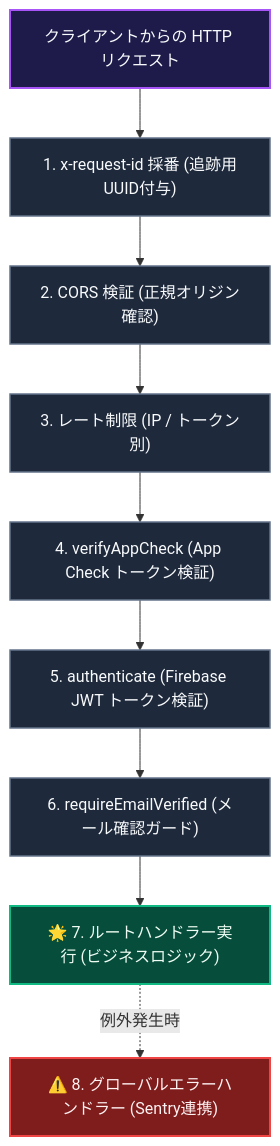
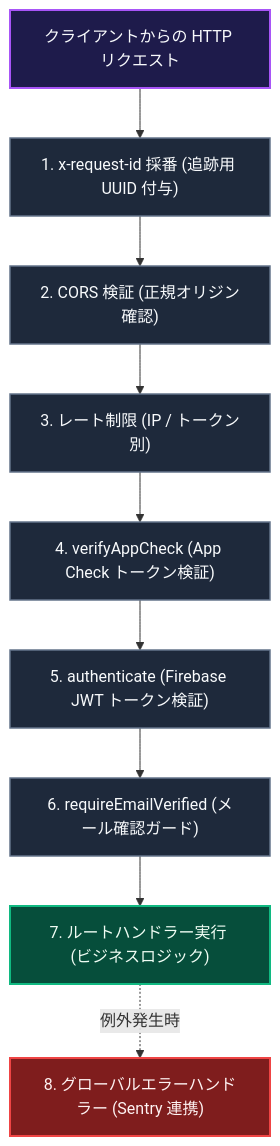
The first of 2 diagrams in docs/ja/api-middleware-error-handling.md (ScriptureHabit/scripture-habit), drawn with Mermaid before and after one commit. The commit also changed other lines of this file and 57 other files, not shown here.

Commit message:
docs: refine documentation prose and add structured diagram breakdowns across JA and EN

````diff
--- a/docs/ja/api-middleware-error-handling.md
+++ b/docs/ja/api-middleware-error-handling.md
@@ -11,20 +11,20 @@
 ```mermaid
 flowchart TD
     classDef req fill:#1e1b4b,stroke:#a855f7,stroke-width:2px,color:#f8fafc;
     classDef mw fill:#1e293b,stroke:#64748b,stroke-width:1.5px,color:#f8fafc;
     classDef handler fill:#064e3b,stroke:#10b981,stroke-width:2px,color:#f0fdf4;
     classDef err fill:#7f1d1d,stroke:#ef4444,stroke-width:2px,color:#fef2f2;
 
     Req["クライアントからの HTTP リクエスト"]:::req
-    ReqId["1. x-request-id 採番 (追跡用UUID付与)"]:::mw
+    ReqId["1. x-request-id 採番 (追跡用 UUID 付与)"]:::mw
     CORS["2. CORS 検証 (正規オリジン確認)"]:::mw
     RateLimit["3. レート制限 (IP / トークン別)"]:::mw
     AppCheck["4. verifyAppCheck (App Check トークン検証)"]:::mw
     Auth["5. authenticate (Firebase JWT トークン検証)"]:::mw
     EmailCheck["6. requireEmailVerified (メール確認ガード)"]:::mw
-    Handler["🌟 7. ルートハンドラー実行 (ビジネスロジック)"]:::handler
-    ErrHandler["⚠️ 8. グローバルエラーハンドラー (Sentry連携)"]:::err
+    Handler["7. ルートハンドラー実行 (ビジネスロジック)"]:::handler
+    ErrHandler["8. グローバルエラーハンドラー (Sentry 連携)"]:::err
 
     Req --> ReqId --> CORS --> RateLimit --> AppCheck --> Auth --> EmailCheck --> Handler
     Handler -.->|例外発生時| ErrHandler
 ```
````
